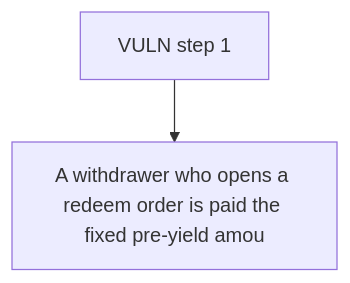
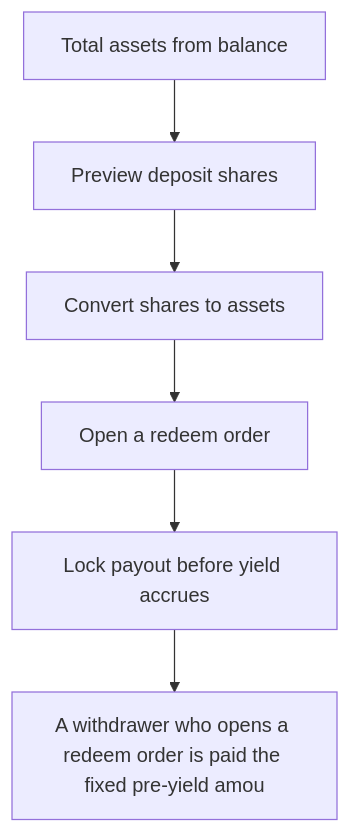
One commit to sanbir/evm-hack-registry changed the diagram in 62756-h-01-pending-withdrawals-in-yuzuilp-contract-are-not-conside_exp/62756-h-01-pending-withdrawals-in-yuzuilp-contract-are-not-conside_exp.md. Above: the diagram before and after it, drawn with Mermaid. The commit also changed other lines of this file and 79 other files, not shown here.

````diff
--- a/62756-h-01-pending-withdrawals-in-yuzuilp-contract-are-not-conside_exp/62756-h-01-pending-withdrawals-in-yuzuilp-contract-are-not-conside_exp.md
+++ b/62756-h-01-pending-withdrawals-in-yuzuilp-contract-are-not-conside_exp/62756-h-01-pending-withdrawals-in-yuzuilp-contract-are-not-conside_exp.md
@@ -28,6 +28,14 @@
 ```mermaid
 flowchart TD
-  S0["VULN step 1"]
+  S0["Total assets from balance"]
+  S1["Preview deposit shares"]
+  S2["Convert shares to assets"]
+  S3["Open a redeem order"]
+  S4["Lock payout before yield accrues"]
   H["A withdrawer who opens a redeem order is paid the fixed pre-yield amou"]
-  S0 --> H
+  S0 --> S1
+  S1 --> S2
+  S2 --> S3
+  S3 --> S4
+  S4 --> H
 ```
````
